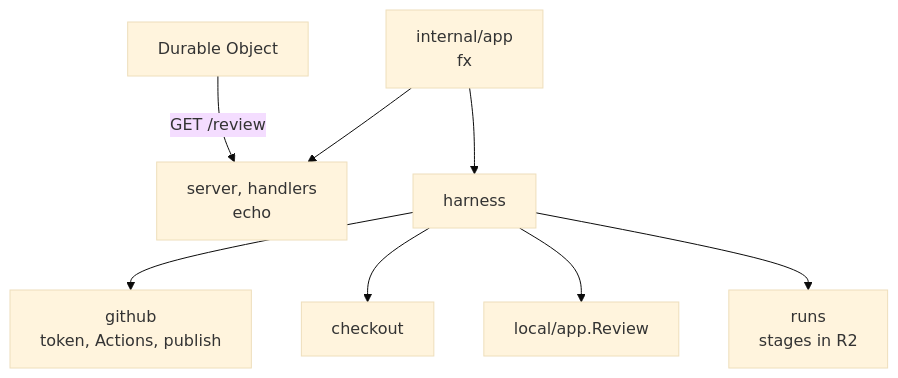
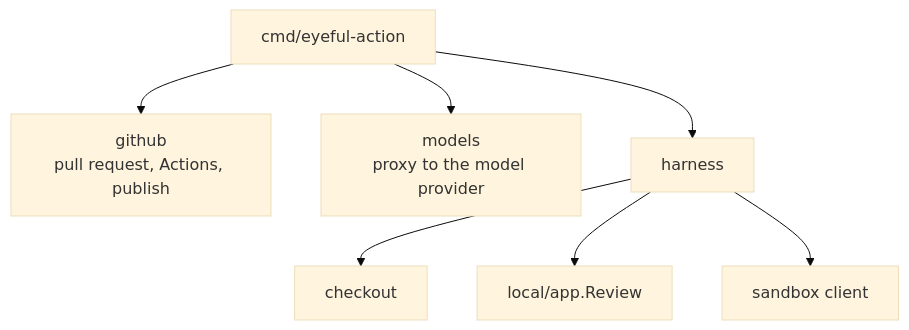
Before and after one commit to Pleasurecruise/eyeful: the first of 2 diagrams in docs/cloud/SERVER.md, drawn with Mermaid (base theme). The commit also changed other lines of this file and 96 other files, not shown here.

````diff
--- a/docs/cloud/SERVER.md
+++ b/docs/cloud/SERVER.md
@@ -11,10 +10,9 @@
 ```mermaid
 flowchart TB
-    do["Durable Object"] -->|"GET /review"| server["server, handlers<br/>echo"]
-    app["internal/app<br/>fx"] --> harness["harness"]
-    app --> server
-    harness --> github["github<br/>token, Actions, publish"]
+    cmd["cmd/eyeful-action"] --> github["github<br/>pull request, Actions, publish"]
+    cmd --> models["models<br/>proxy to the model provider"]
+    cmd --> harness["harness"]
     harness --> checkout["checkout"]
     harness --> local["local/app.Review"]
-    harness --> runs["runs<br/>stages in R2"]
+    harness --> sandbox["sandbox client"]
 ```
````
